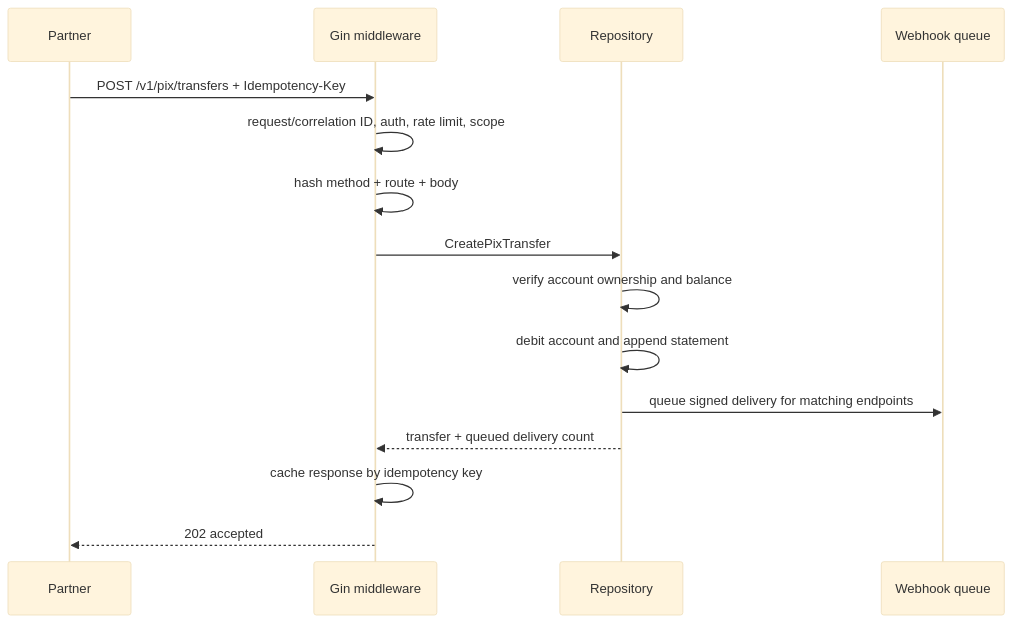
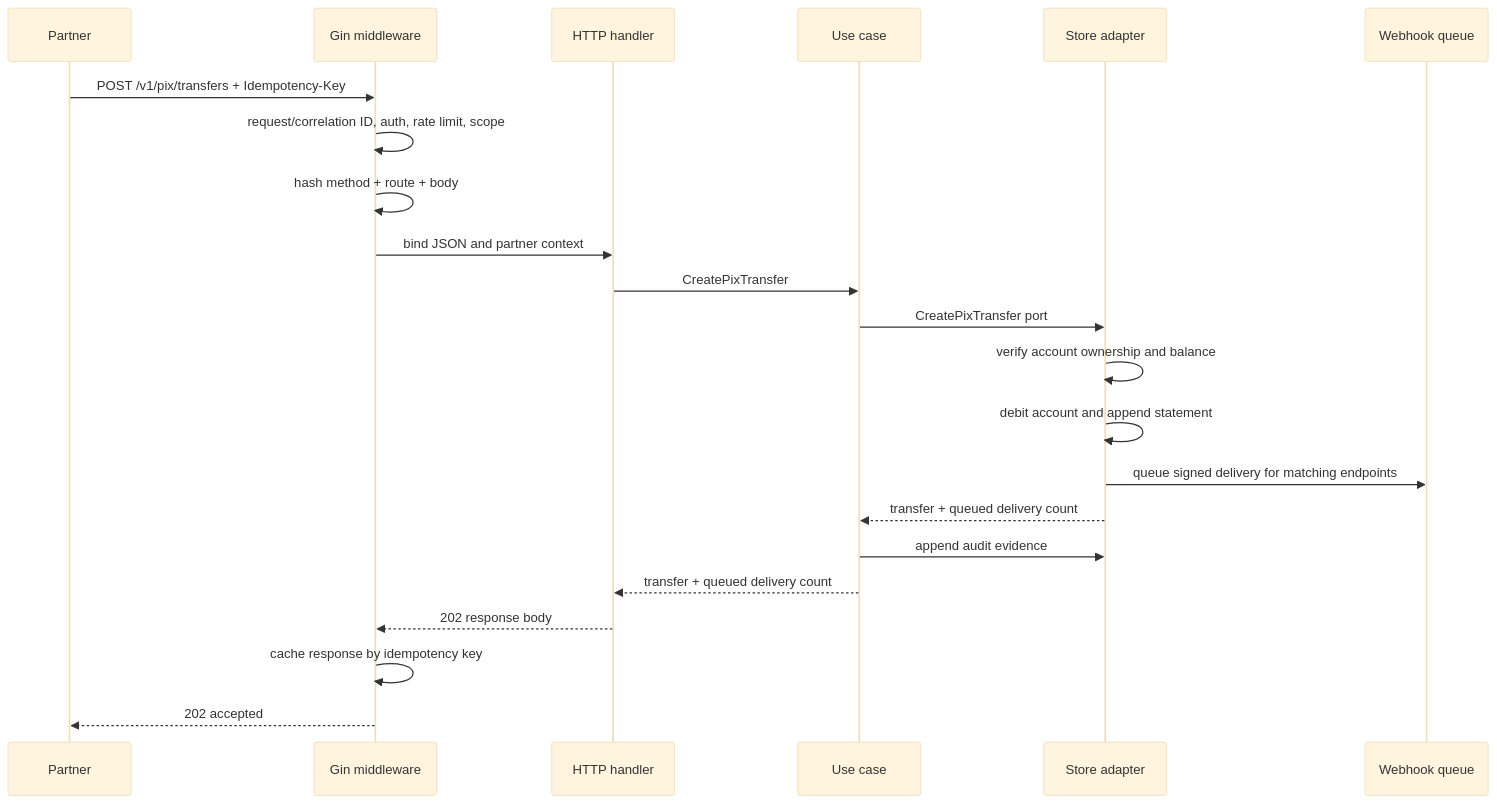
One commit to Defyland/bankport-go-gin-partner-api changed the first of 2 diagrams in docs/architecture/sequence-diagrams.md. Above: the diagram before and after it, drawn with Mermaid (base theme). The commit also changed 27 other files, not shown here.

Commit message:
docs: formalize ports and adapters architecture

````diff
--- a/docs/architecture/sequence-diagrams.md
+++ b/docs/architecture/sequence-diagrams.md
@@ -5,17 +5,24 @@
 ```mermaid
 sequenceDiagram
   participant P as Partner
   participant G as Gin middleware
-  participant R as Repository
+  participant H as HTTP handler
+  participant U as Use case
+  participant R as Store adapter
   participant W as Webhook queue
   P->>G: POST /v1/pix/transfers + Idempotency-Key
   G->>G: request/correlation ID, auth, rate limit, scope
   G->>G: hash method + route + body
-  G->>R: CreatePixTransfer
+  G->>H: bind JSON and partner context
+  H->>U: CreatePixTransfer
+  U->>R: CreatePixTransfer port
   R->>R: verify account ownership and balance
   R->>R: debit account and append statement
   R->>W: queue signed delivery for matching endpoints
-  R-->>G: transfer + queued delivery count
+  R-->>U: transfer + queued delivery count
+  U->>R: append audit evidence
+  U-->>H: transfer + queued delivery count
+  H-->>G: 202 response body
   G->>G: cache response by idempotency key
   G-->>P: 202 accepted
 ```
````
